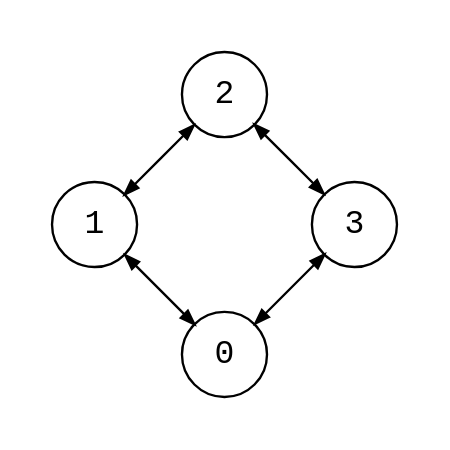
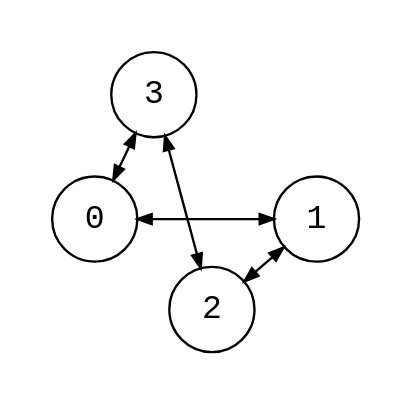
One commit to bsdrks/graaf-images changed the diagram in src/cycle_4.dot. Above: the diagram before and after it, drawn with Graphviz. The commit also changed 19 other files, not shown here.

```diff
--- a/src/cycle_4.dot
+++ b/src/cycle_4.dot
@@ -1,10 +1,11 @@
 digraph {
     node [shape=circle, fontname="monospace"; fixedsize=true, width="0.5"];
     edge [arrowsize=0.6];
-    layout=circo;
-    scale=0.8;
-    // normalize=true;
+    layout=neato;
+    // scale=0.8;
+    mode="sgd";
+    normalize=true;
     pad=0.2;
 
     0 -> 1 -> 2 -> 3 -> 0 [dir="both"];
 }
```
